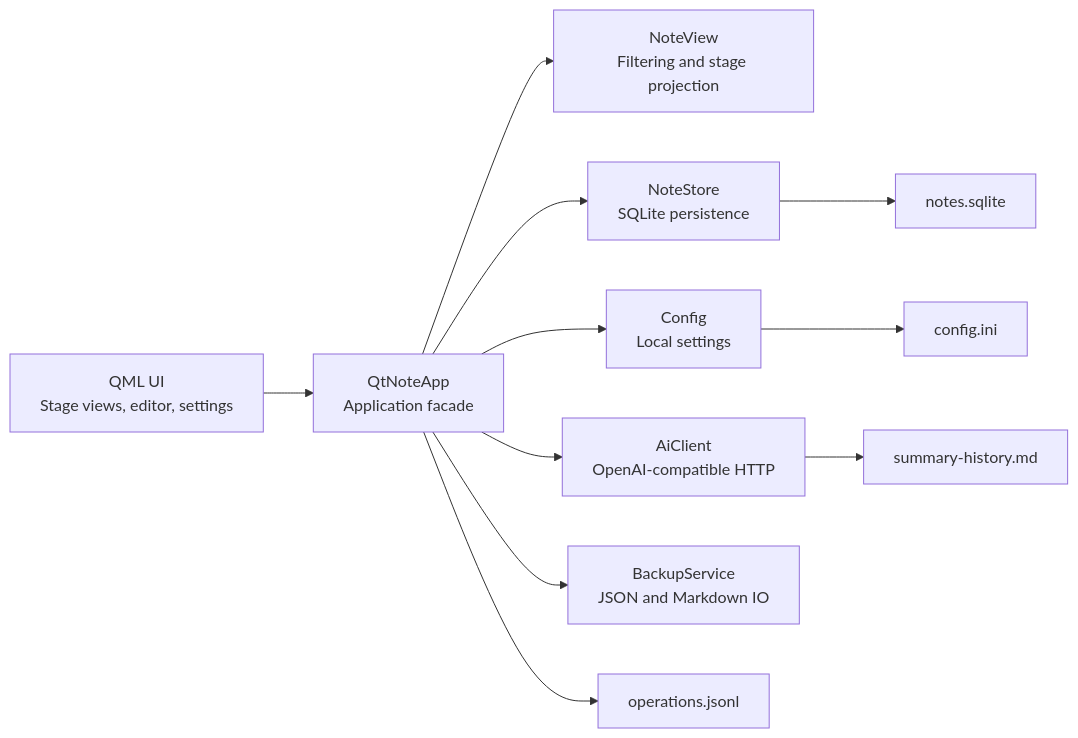
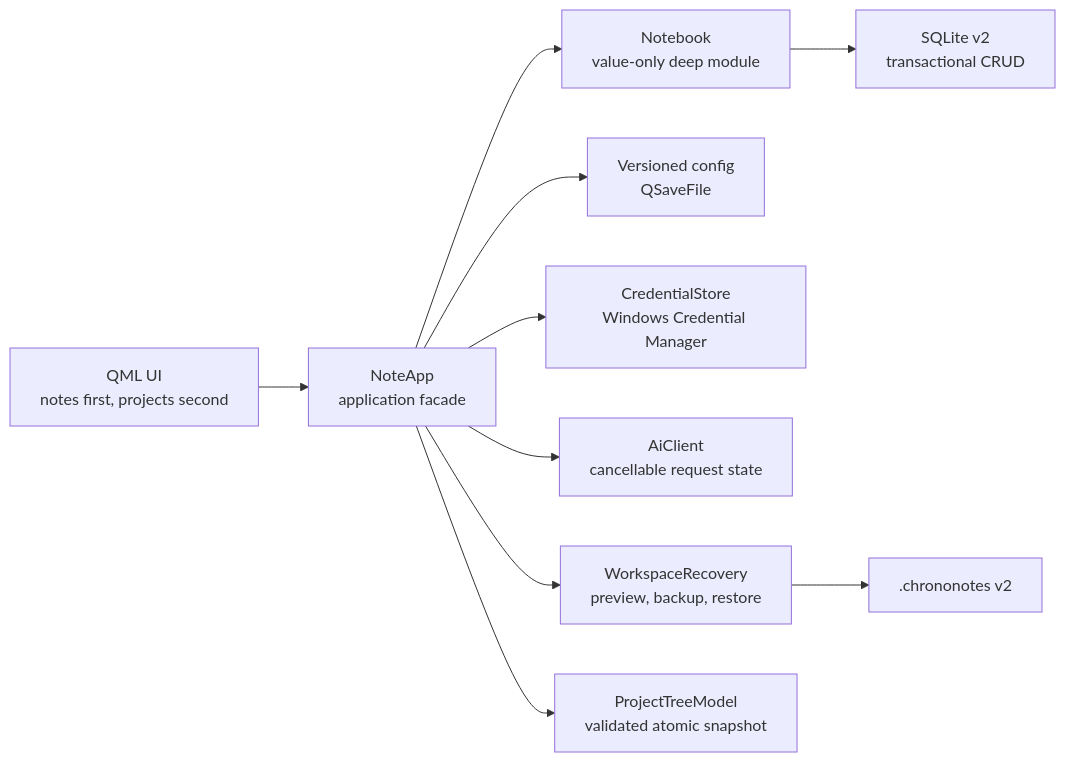
Before and after one commit to HenonBamboo/chrono-notes: the diagram in README.md, drawn with Mermaid. The commit also changed other lines of this file and 84 other files, not shown here.

````diff
--- a/README.md
+++ b/README.md
@@ -105,13 +53,12 @@
 ```mermaid
 flowchart LR
-  UI["QML UI<br/>Stage views, editor, settings"] --> App["QtNoteApp<br/>Application facade"]
-  App --> View["NoteView<br/>Filtering and stage projection"]
-  App --> Store["NoteStore<br/>SQLite persistence"]
-  App --> Config["Config<br/>Local settings"]
-  App --> AI["AiClient<br/>OpenAI-compatible HTTP"]
-  App --> Backup["BackupService<br/>JSON and Markdown IO"]
-  Store --> SQLite["notes.sqlite"]
-  Config --> INI["config.ini"]
-  AI --> Summary["summary-history.md"]
-  App --> Log["operations.jsonl"]
+  UI["QML UI<br/>notes first, projects second"] --> App["NoteApp<br/>application facade"]
+  App --> Notebook["Notebook<br/>value-only deep module"]
+  App --> Config["Versioned config<br/>QSaveFile"]
+  App --> Credentials["CredentialStore<br/>Windows Credential Manager"]
+  App --> AI["AiClient<br/>cancellable request state"]
+  App --> Recovery["WorkspaceRecovery<br/>preview, backup, restore"]
+  App --> Tree["ProjectTreeModel<br/>validated atomic snapshot"]
+  Notebook --> SQLite["SQLite v2<br/>transactional CRUD"]
+  Recovery --> Workspace[".chrononotes v2"]
 ```
````
